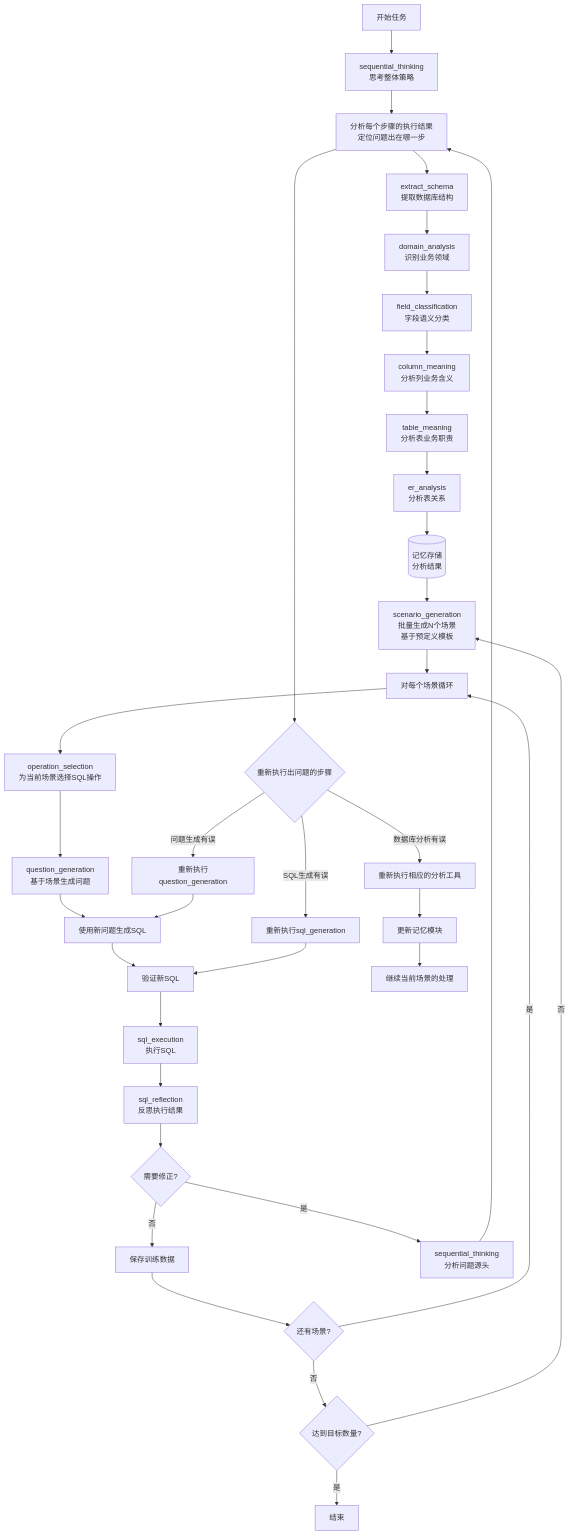
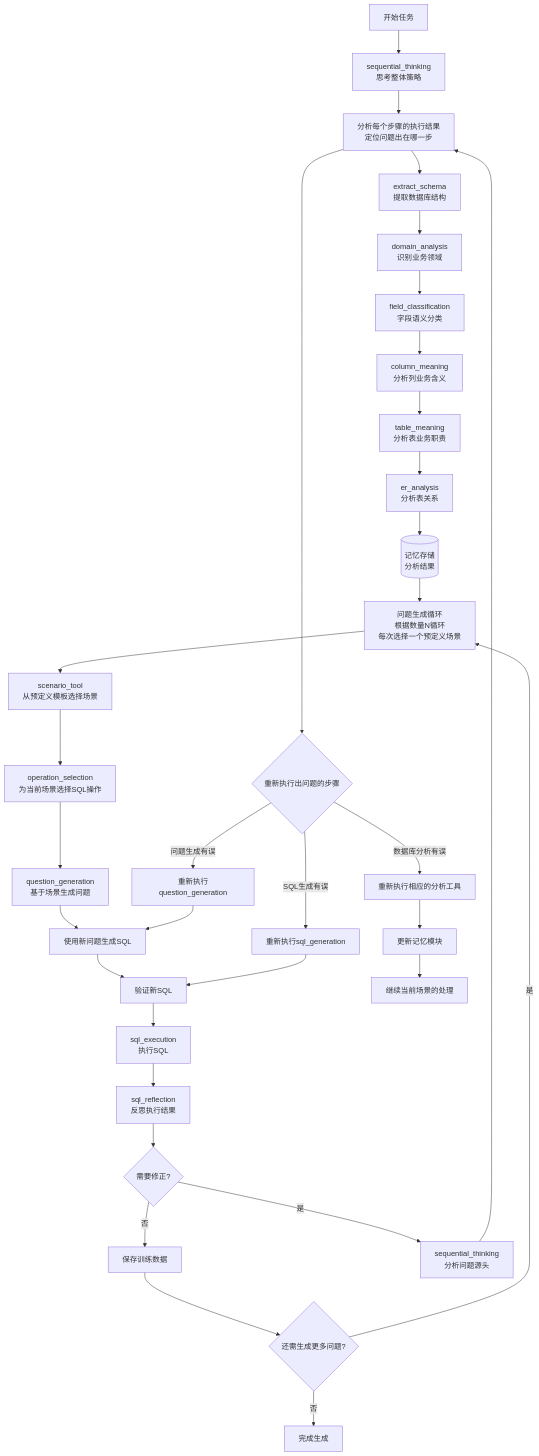
One commit to lizhenping/SemanticSQL-Agent changed the diagram in semanticsql-agent/.doc/semanticsql-agent_DESIGN_SPEC.md. Above: the diagram before and after it, drawn with Mermaid. The commit also changed other lines of this file and 2 other files, not shown here.

Commit message:
Refactor scenario generation to iterative selection from predefined templates

````diff
--- a/semanticsql-agent/.doc/semanticsql-agent_DESIGN_SPEC.md
+++ b/semanticsql-agent/.doc/semanticsql-agent_DESIGN_SPEC.md
@@ -80,45 +80,43 @@
 ```mermaid
 graph TB
     Start[开始任务] --> Think1[sequential_thinking<br/>思考整体策略]
     Think1 --> Analyze[数据库分析阶段<br/>只执行一次]
     
     Analyze --> Schema[extract_schema<br/>提取数据库结构]
     Schema --> Domain[domain_analysis<br/>识别业务领域]
     Domain --> Field[field_classification<br/>字段语义分类]
     Field --> ColMean[column_meaning<br/>分析列业务含义]
     ColMean --> TabMean[table_meaning<br/>分析表业务职责]
     TabMean --> ER[er_analysis<br/>分析表关系]
     ER --> Memory[(记忆存储<br/>分析结果)]
     
-    Memory --> ScenarioBatch[scenario_generation<br/>批量生成N个场景<br/>基于预定义模板]
+    Memory --> ScenarioLoop[问题生成循环<br/>根据数量N循环<br/>每次选择一个预定义场景]
     
-    ScenarioBatch --> ScenarioLoop[对每个场景循环]
-    ScenarioLoop --> Operation[operation_selection<br/>为当前场景选择SQL操作]
+    ScenarioLoop --> Scenario[scenario_tool<br/>从预定义模板选择场景]
+    Scenario --> Operation[operation_selection<br/>为当前场景选择SQL操作]
     Operation --> Question[question_generation<br/>基于场景生成问题]
     Question --> SQL[sql_generation<br/>生成SQL查询]
     SQL --> Validate[sql_validation<br/>验证SQL语法]
     Validate --> Execute[sql_execution<br/>执行SQL]
     Execute --> Reflect[sql_reflection<br/>反思执行结果]
     
     Reflect --> Judge{需要修正?}
     Judge -->|否| Save[保存训练数据]
     Judge -->|是| ThinkFix[sequential_thinking<br/>分析问题源头]
     
     ThinkFix --> Analyze[分析每个步骤的执行结果<br/>定位问题出在哪一步]
     
     Analyze --> ReDo{重新执行出问题的步骤}
     ReDo -->|数据库分析有误| ReAnalysis[重新执行相应的分析工具]
     ReDo -->|问题生成有误| ReQuestion[重新执行question_generation]
     ReDo -->|SQL生成有误| ReSQL[重新执行sql_generation]
     
     ReAnalysis --> UpdateMemory[更新记忆模块]
     UpdateMemory --> Continue[继续当前场景的处理]
     ReQuestion --> SQL[使用新问题生成SQL]
     ReSQL --> Validate[验证新SQL]
     
-    Save --> NextScenario{还有场景?}
-    NextScenario -->|是| ScenarioLoop
-    NextScenario -->|否| CheckCount{达到目标数量?}
-    CheckCount -->|否| ScenarioBatch
-    CheckCount -->|是| End[结束]
+    Save --> NextQuestion{还需生成更多问题?}
+    NextQuestion -->|是| ScenarioLoop
+    NextQuestion -->|否| End[完成生成]
 ```
````
